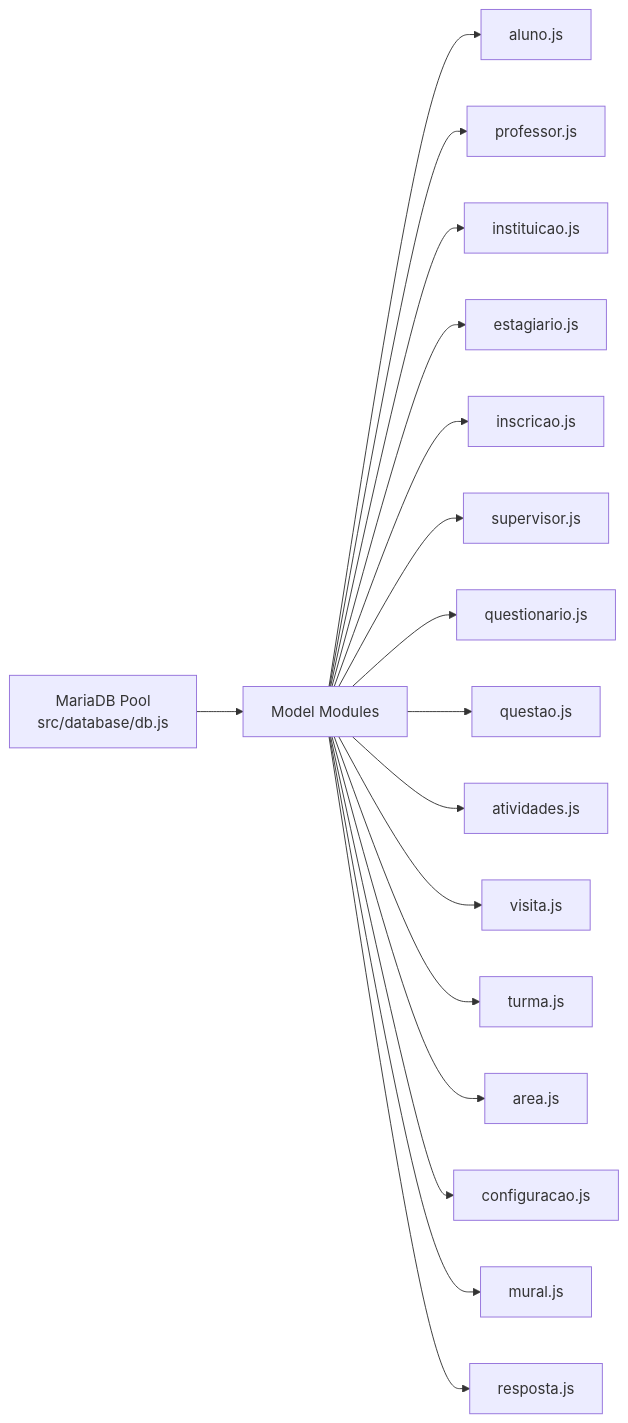
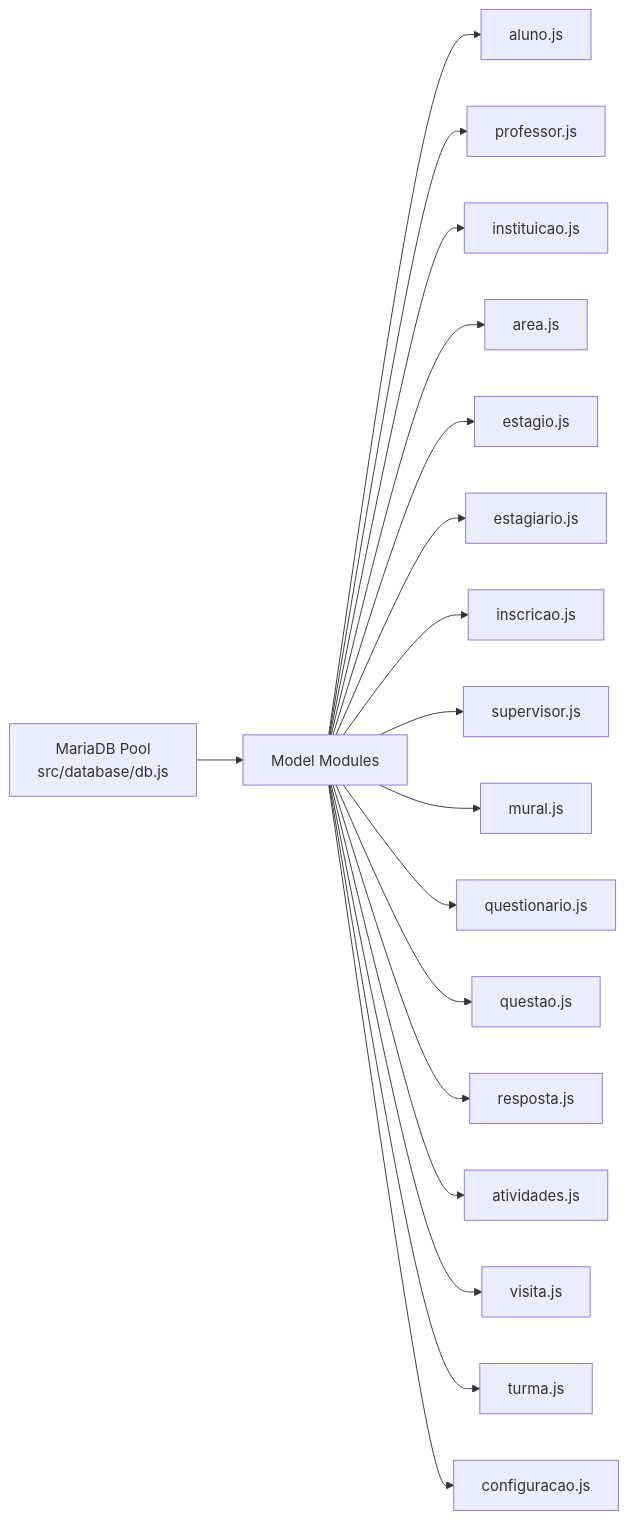
Before and after one commit to luiseduacosta/nodemural: the fourth of 5 diagrams in .qoder/repowiki/en/content/Data Models & Database Design/Data Models & Database Design.md, drawn with Mermaid. The commit also changed other lines of this file and 27 other files, not shown here.

````diff
--- a/.qoder/repowiki/en/content/Data Models & Database Design/Data Models & Database Design.md
+++ b/.qoder/repowiki/en/content/Data Models & Database Design/Data Models & Database Design.md
@@ -346,21 +377,22 @@
 ```mermaid
 graph LR
 POOL["MariaDB Pool<br/>src/database/db.js"]
 MODELS["Model Modules"]
 POOL --> MODELS
 MODELS --> AL["aluno.js"]
-MODELS --> DC["professor.js"]
-MODELS --> ES["instituicao.js"]
+MODELS --> PR["professor.js"]
+MODELS --> IN["instituicao.js"]
+MODELS --> AR["area.js"]
+MODELS --> ES["estagio.js"]
 MODELS --> EG["estagiario.js"]
-MODELS --> IN["inscricao.js"]
+MODELS --> INSC["inscricao.js"]
 MODELS --> SV["supervisor.js"]
+MODELS --> MR["mural.js"]
 MODELS --> QZ["questionario.js"]
 MODELS --> QA["questao.js"]
+MODELS --> RP["resposta.js"]
 MODELS --> AT["atividades.js"]
 MODELS --> VS["visita.js"]
 MODELS --> TR["turma.js"]
-MODELS --> AR["area.js"]
 MODELS --> CF["configuracao.js"]
-MODELS --> MR["mural.js"]
-MODELS --> RP["resposta.js"]
 ```
````
